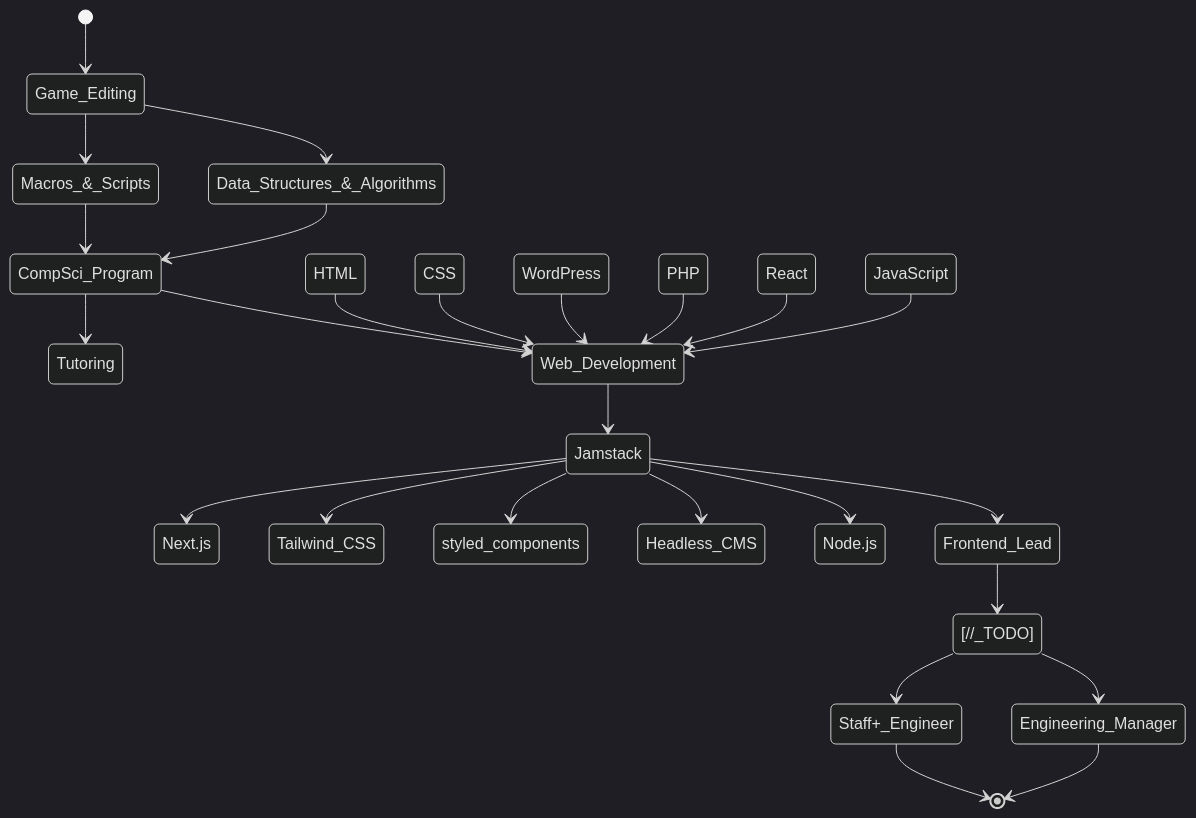
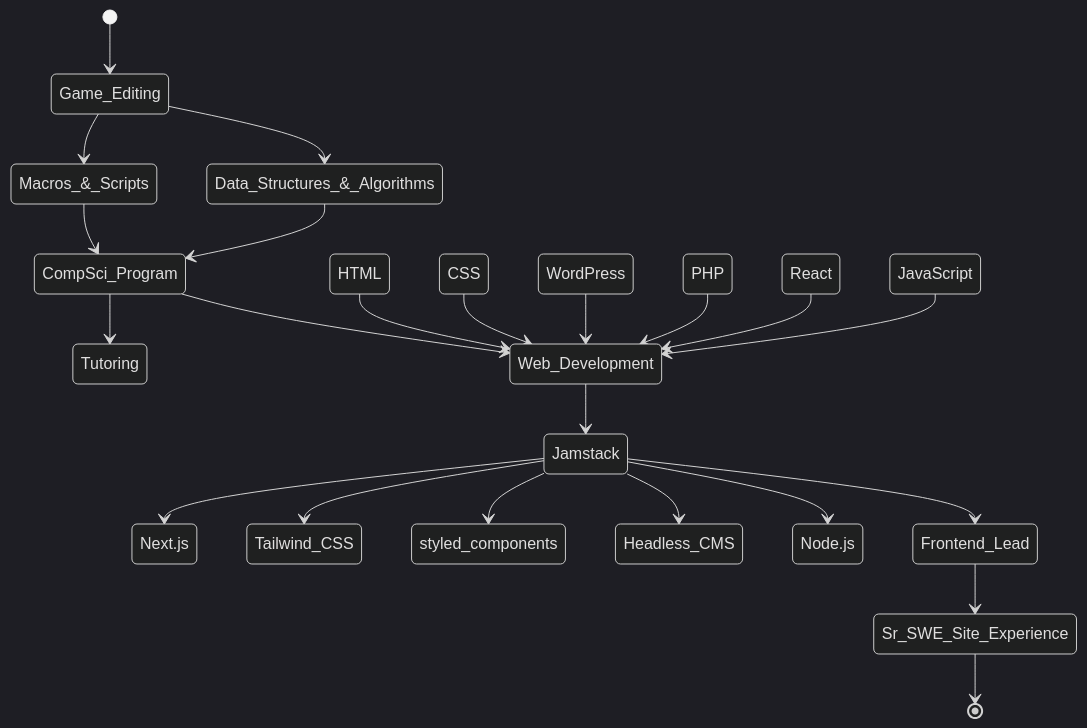
One commit to delster/delster changed the diagram in README.md. Above: the diagram before and after it, drawn with Mermaid (dark theme).

````diff
--- a/README.md
+++ b/README.md
@@ -9,28 +9,25 @@
 ```mermaid
 stateDiagram-v2
     [*] --> Game_Editing
     Game_Editing --> Macros_&_Scripts
     Game_Editing --> Data_Structures_&_Algorithms
     Macros_&_Scripts --> CompSci_Program
     Data_Structures_&_Algorithms --> CompSci_Program
     CompSci_Program --> Tutoring
     CompSci_Program --> Web_Development
     HTML --> Web_Development
     CSS --> Web_Development
     WordPress --> Web_Development
     PHP --> Web_Development
     React --> Web_Development
     JavaScript --> Web_Development
     Web_Development --> Jamstack
     Jamstack --> Next.js
     Jamstack --> Tailwind_CSS
     Jamstack --> styled_components
     Jamstack --> Headless_CMS
     Jamstack --> Node.js
     Jamstack --> Frontend_Lead
-    Frontend_Lead --> [//_TODO]
-    [//_TODO] --> Staff+_Engineer
-    [//_TODO] --> Engineering_Manager
-    Staff+_Engineer --> [*]
-    Engineering_Manager --> [*]
+    Frontend_Lead --> Sr_SWE_Site_Experience
+    Sr_SWE_Site_Experience --> [*]
 ```
````
